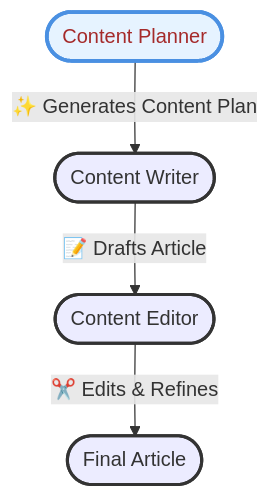
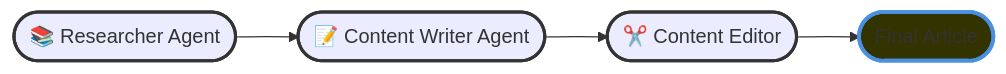
Before and after one commit to SOBANEJAZ/CrewAI-Projects-Collection: the diagram in 01. Article Writer/README.md, drawn with Mermaid.

````diff
--- a/01. Article Writer/README.md
+++ b/01. Article Writer/README.md
@@ -7,13 +7,12 @@
 ```mermaid
-flowchart TD
-    A([Content Planner]) -->|"✨ Generates Content Plan"| B([Content Writer])
-    B -->|"📝 Drafts Article"| C([Content Editor])
-    C -->|"✂️ Edits & Refines"| D([Final Article])
-   
+flowchart LR
+    A([📚 Researcher Agent]) --> B([📝 Content Writer Agent])
+    B -->C([✂️ Content Editor])
+    C -->D([Final Article])
+    
     classDef default fill:##333300,stroke:#333,stroke-width:2.5px;
-    classDef highlight fill:#e6f3ff,stroke:#4a90e2,stroke-width:3px;
-   
+    classDef highlight fill:#333300,stroke:#4a90e2,stroke-width:3px;
+    
     class A,B,C,D default;
-    class A highlight;
-    style A color:brown
+    class D highlight;
 ```
````
